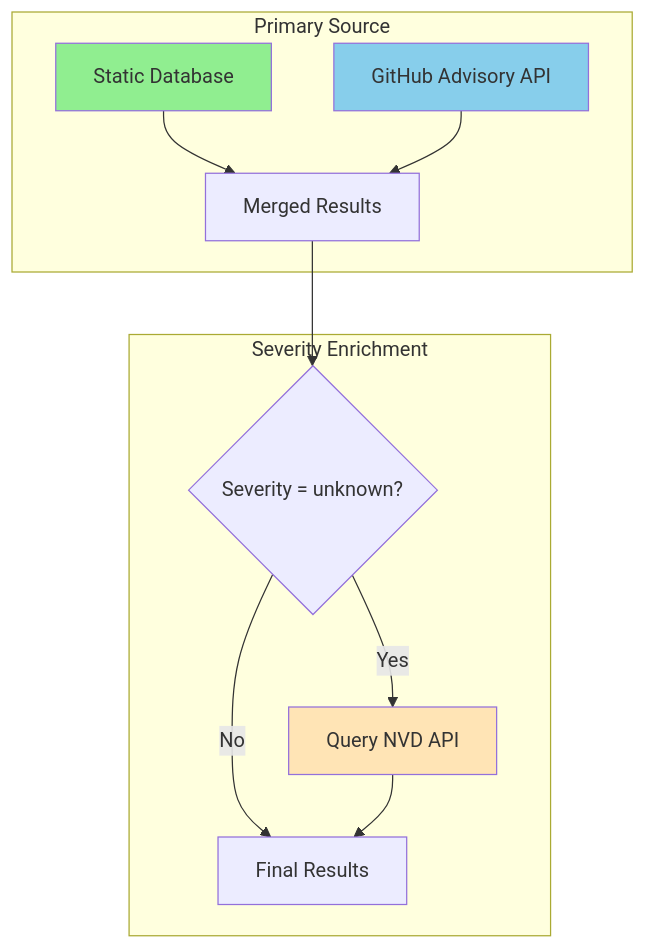
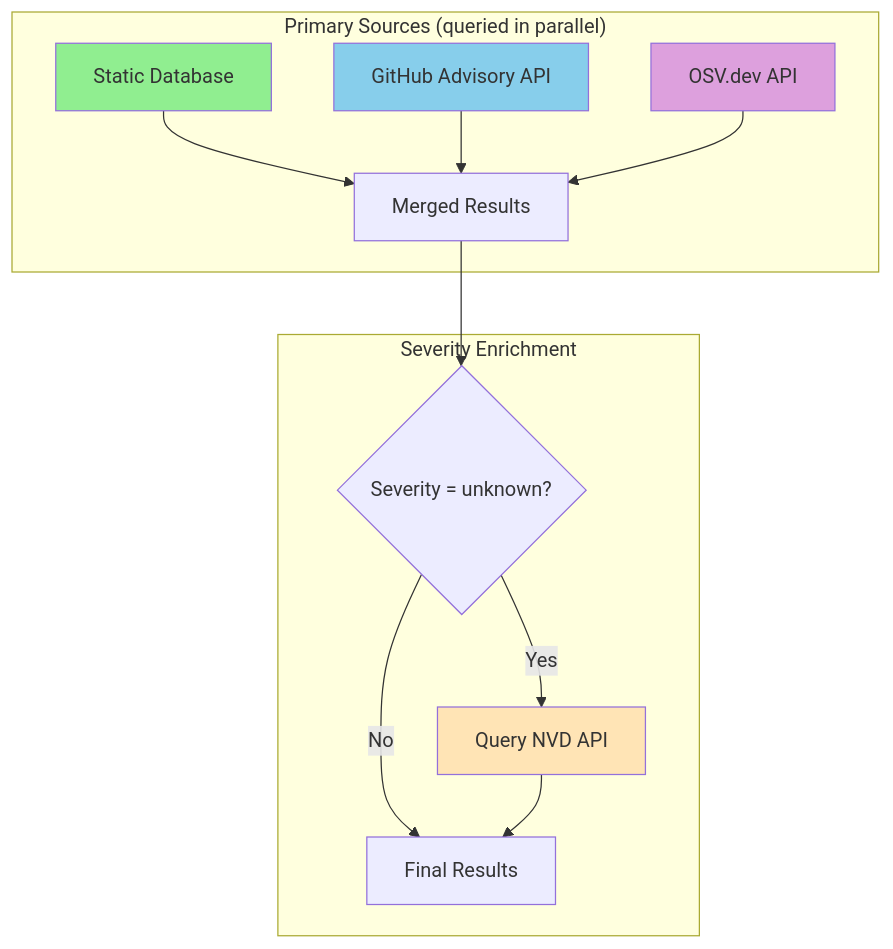
Before and after one commit to asx8678/pnpm-audit-hook: the third of 7 diagrams in README.md, drawn with Mermaid. The commit also changed other lines of this file, not shown here.

First line of the commit message:
docs(readme): document OSV source, integrity hashes, and Quick How-To

````diff
--- a/README.md
+++ b/README.md
@@ -102,18 +169,20 @@
 ```mermaid
 flowchart TD
-    subgraph PRIMARY["Primary Source"]
-        A[Static Database] --> C[Merged Results]
-        B[GitHub Advisory API] --> C
+    subgraph PRIMARY["Primary Sources (queried in parallel)"]
+        A[Static Database] --> D[Merged Results]
+        B[GitHub Advisory API] --> D
+        C[OSV.dev API] --> D
     end
 
     subgraph ENRICHMENT["Severity Enrichment"]
-        C --> D{Severity = unknown?}
-        D -->|Yes| E[Query NVD API]
-        D -->|No| F[Final Results]
-        E --> F
+        D --> E{Severity = unknown?}
+        E -->|Yes| F[Query NVD API]
+        E -->|No| G[Final Results]
+        F --> G
     end
 
     style A fill:#90EE90
     style B fill:#87CEEB
-    style E fill:#FFE4B5
+    style C fill:#DDA0DD
+    style F fill:#FFE4B5
 ```
````
